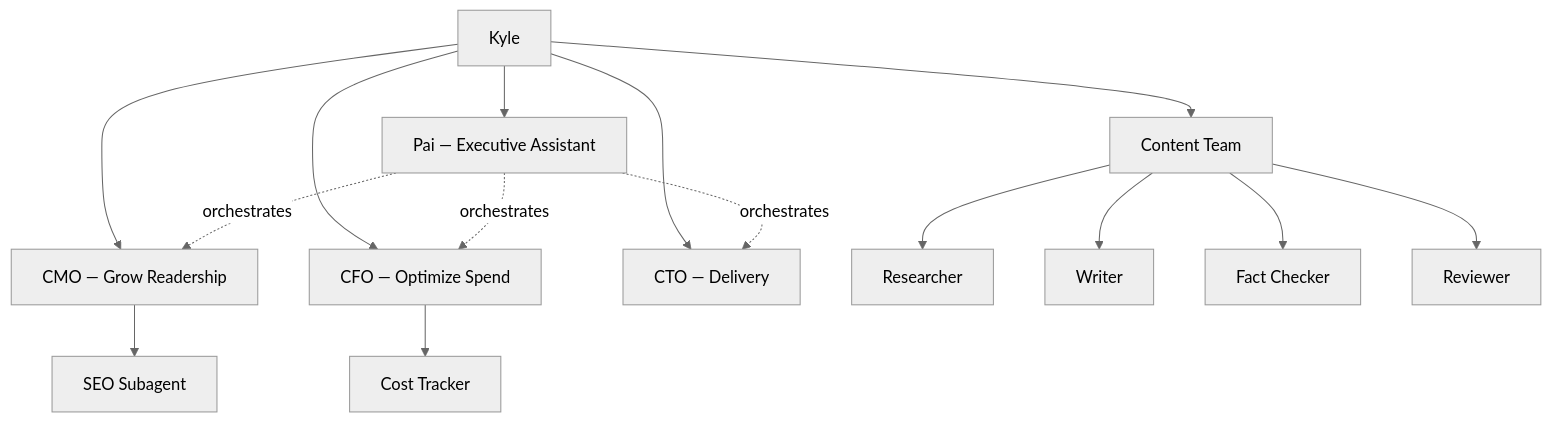
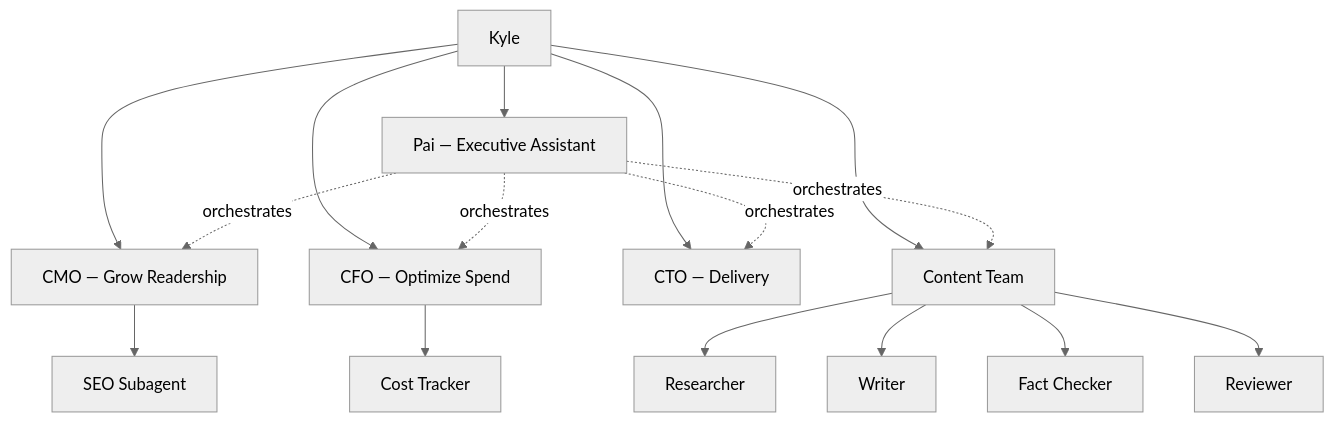
One commit to kylep/multi changed the diagram in apps/blog/blog/markdown/posts/agent-org-chart.md. Above: the diagram before and after it, drawn with Mermaid (neutral theme). The commit also changed 1 other file, not shown here.

Commit message:
Add Pai orchestration line to Content Team in org charts

````diff
--- a/apps/blog/blog/markdown/posts/agent-org-chart.md
+++ b/apps/blog/blog/markdown/posts/agent-org-chart.md
@@ -66,35 +66,36 @@
 ```mermaid
 graph TD
     Kyle["Kyle"]
     Pai["Pai — Executive Assistant"]
     CMO["CMO — Grow Readership"]
     CFO["CFO — Optimize Spend"]
     CTO["CTO — Delivery"]
     Content["Content Team"]
 
     SEO["SEO Subagent"]
     CostTracker["Cost Tracker"]
 
     Researcher["Researcher"]
     Writer["Writer"]
     FactChecker["Fact Checker"]
     Reviewer["Reviewer"]
 
     Kyle --> Pai
     Kyle --> CMO
     Kyle --> CFO
     Kyle --> CTO
     Kyle --> Content
 
     Pai -.->|orchestrates| CMO
     Pai -.->|orchestrates| CFO
     Pai -.->|orchestrates| CTO
+    Pai -.->|orchestrates| Content
 
     CMO --> SEO
     CFO --> CostTracker
 
     Content --> Researcher
     Content --> Writer
     Content --> FactChecker
     Content --> Reviewer
 ```
````
